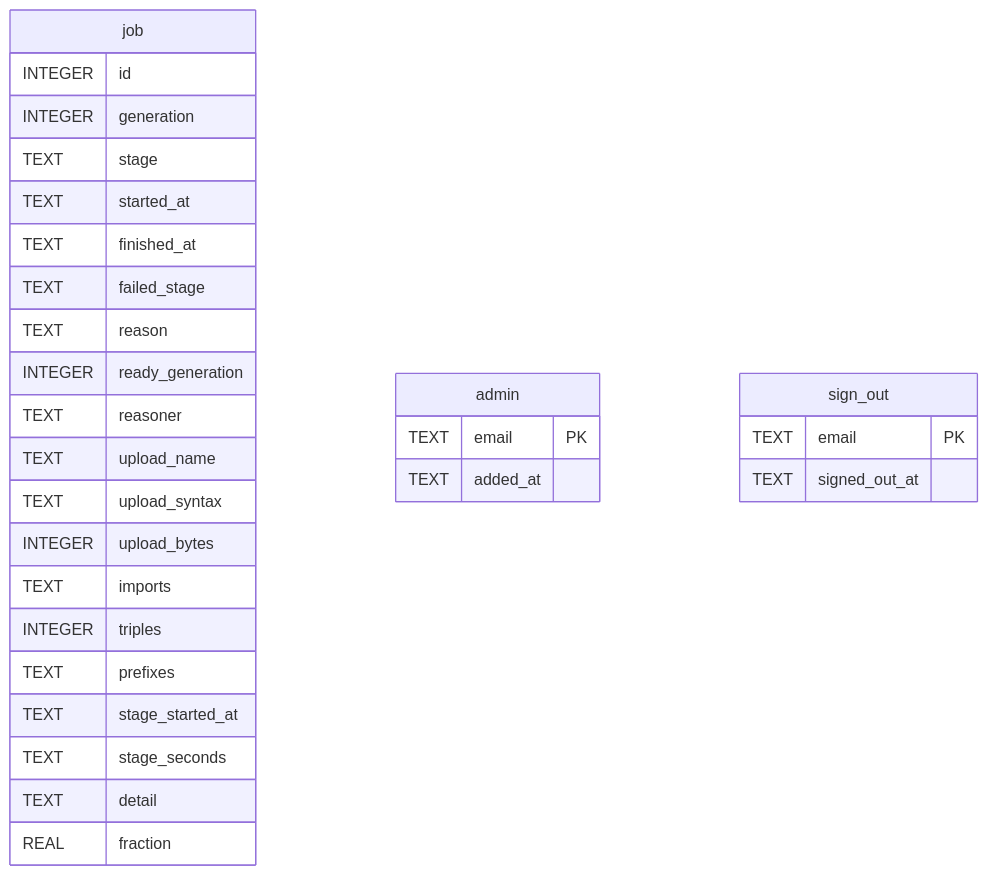
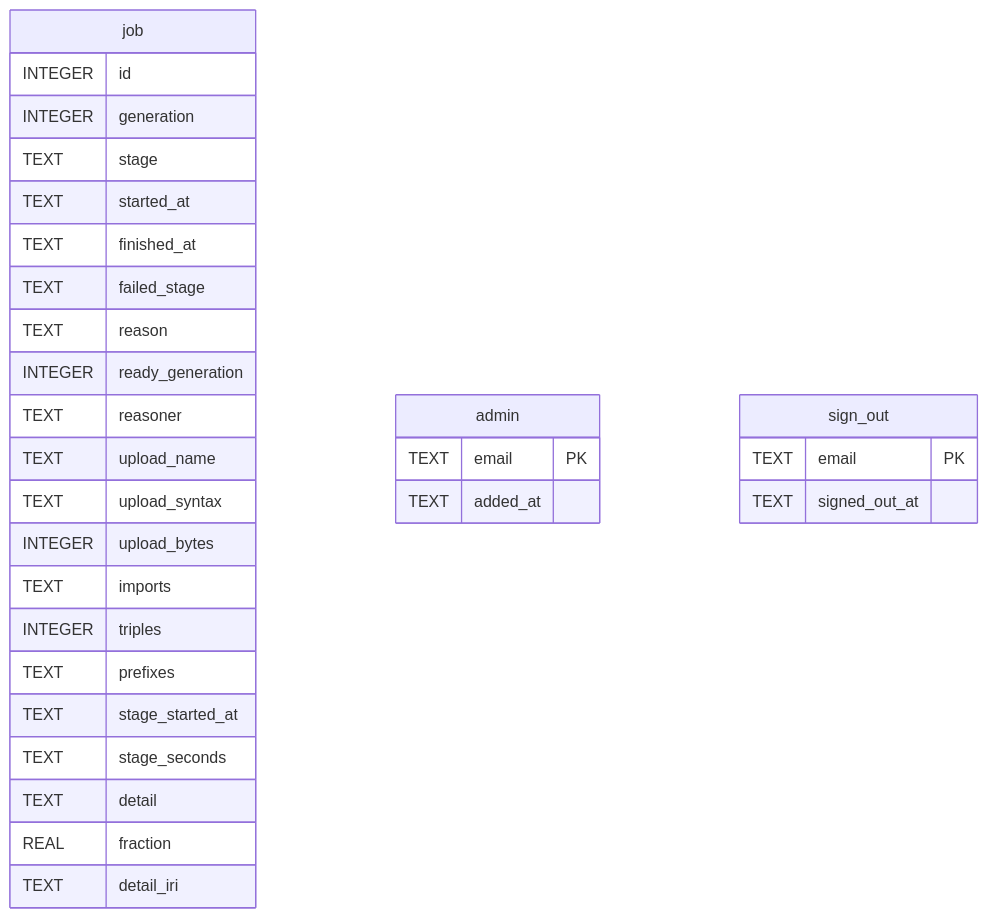
Before and after one commit to jclerman/browl: the diagram in docs/schema/state/README.md, drawn with Mermaid. The commit also changed other lines of this file and 16 other files, not shown here.

````diff
--- a/docs/schema/state/README.md
+++ b/docs/schema/state/README.md
@@ -20,34 +20,35 @@
 ```mermaid
 erDiagram
 
 
 "job" {
   INTEGER id
   INTEGER generation
   TEXT stage
   TEXT started_at
   TEXT finished_at
   TEXT failed_stage
   TEXT reason
   INTEGER ready_generation
   TEXT reasoner
   TEXT upload_name
   TEXT upload_syntax
   INTEGER upload_bytes
   TEXT imports
   INTEGER triples
   TEXT prefixes
   TEXT stage_started_at
   TEXT stage_seconds
   TEXT detail
   REAL fraction
+  TEXT detail_iri
 }
 "admin" {
   TEXT email PK
   TEXT added_at
 }
 "sign_out" {
   TEXT email PK
   TEXT signed_out_at
 }
 ```
````
